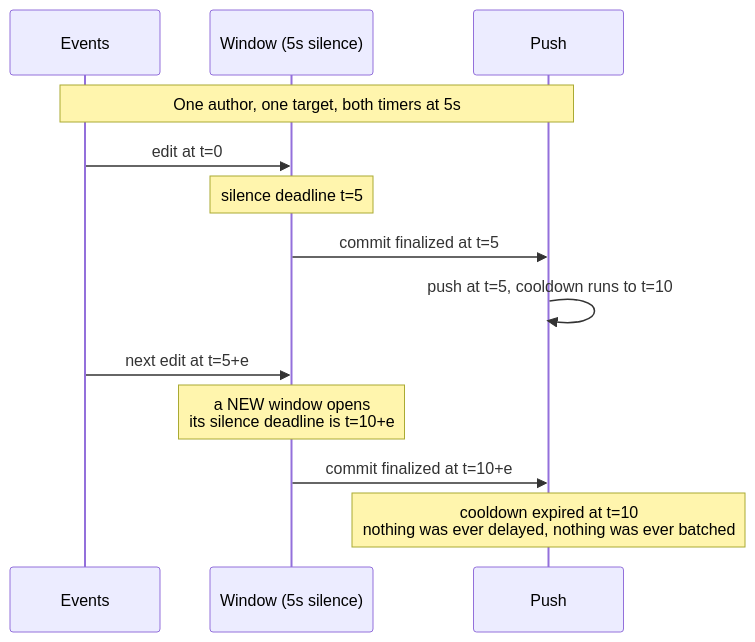
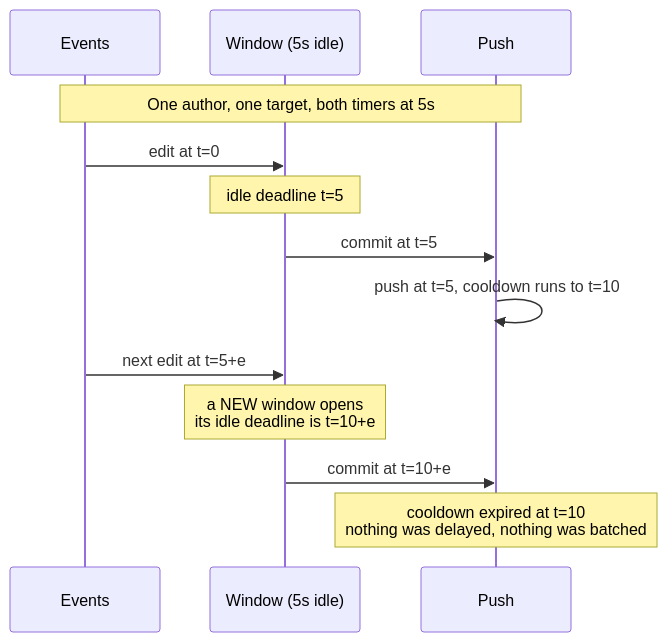
The first of 4 diagrams in docs/design/push-cooldown.md (ConfigButler/gitops-reverser), drawn with Mermaid before and after one commit. The commit also changed other lines of this file and 34 other files, not shown here.

````diff
--- a/docs/design/push-cooldown.md
+++ b/docs/design/push-cooldown.md
@@ -69,18 +67,18 @@
 ```mermaid
 sequenceDiagram
     participant E as Events
-    participant W as Window (5s silence)
+    participant W as Window (5s idle)
     participant P as Push
 
     Note over E,P: One author, one target, both timers at 5s
 
     E->>W: edit at t=0
-    Note over W: silence deadline t=5
-    W->>P: commit finalized at t=5
+    Note over W: idle deadline t=5
+    W->>P: commit at t=5
     P->>P: push at t=5, cooldown runs to t=10
 
     E->>W: next edit at t=5+e
-    Note over W: a NEW window opens<br/>its silence deadline is t=10+e
-    W->>P: commit finalized at t=10+e
-    Note over P: cooldown expired at t=10<br/>nothing was ever delayed, nothing was ever batched
+    Note over W: a NEW window opens<br/>its idle deadline is t=10+e
+    W->>P: commit at t=10+e
+    Note over P: cooldown expired at t=10<br/>nothing was delayed, nothing was batched
 ```
````
